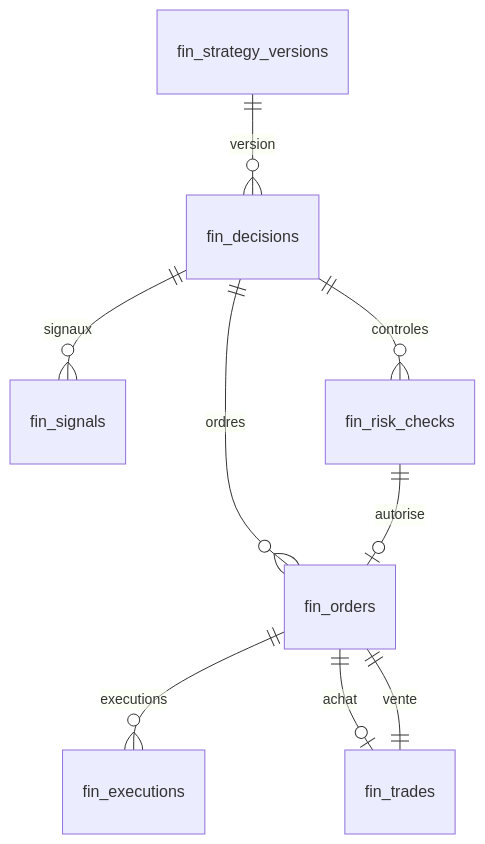
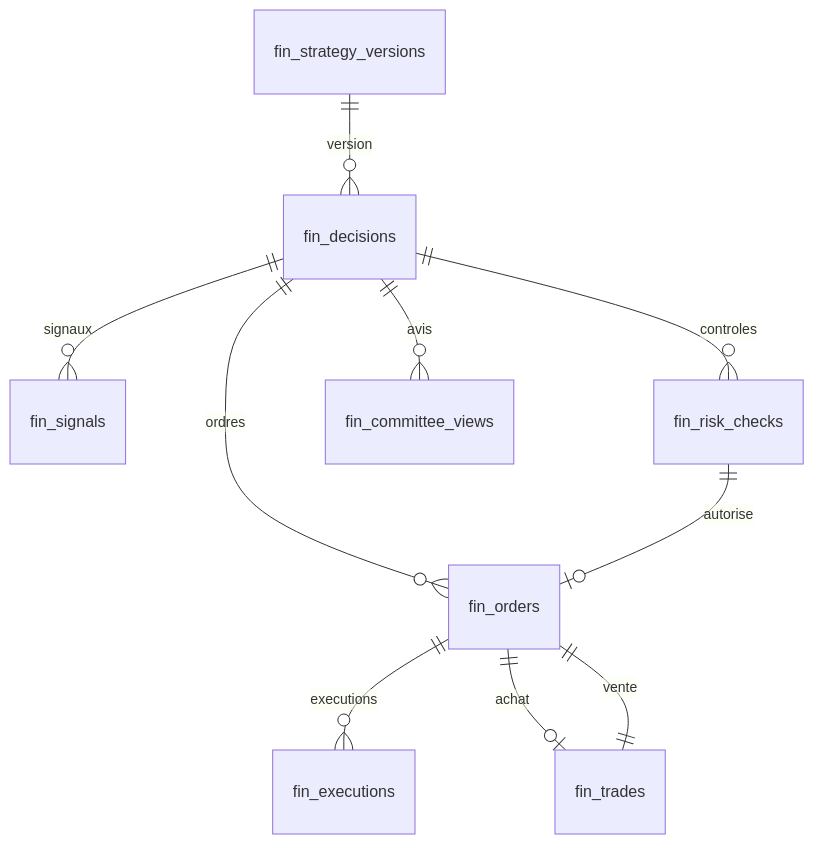
One commit to Ncloclo/Ncloclo changed the diagram in docs/DONNEES.md. Above: the diagram before and after it, drawn with Mermaid. The commit also changed other lines of this file and 19 other files, not shown here.

````diff
--- a/docs/DONNEES.md
+++ b/docs/DONNEES.md
@@ -5,11 +5,12 @@
 ```mermaid
 erDiagram
     fin_strategy_versions ||--o{ fin_decisions : version
     fin_decisions ||--o{ fin_signals : signaux
     fin_decisions ||--o{ fin_risk_checks : controles
     fin_decisions ||--o{ fin_orders : ordres
     fin_risk_checks ||--o| fin_orders : autorise
     fin_orders ||--o{ fin_executions : executions
     fin_orders ||--o| fin_trades : achat
     fin_orders ||--|| fin_trades : vente
+    fin_decisions ||--o{ fin_committee_views : avis
 ```
````
